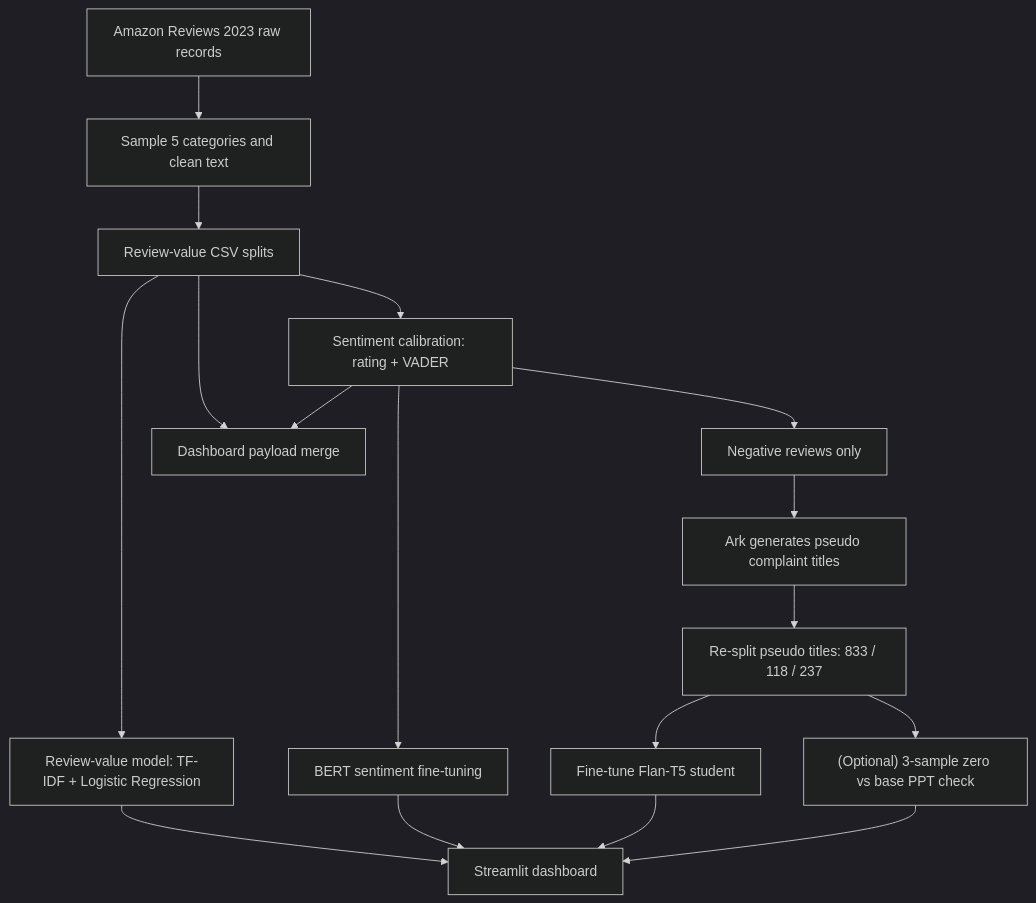
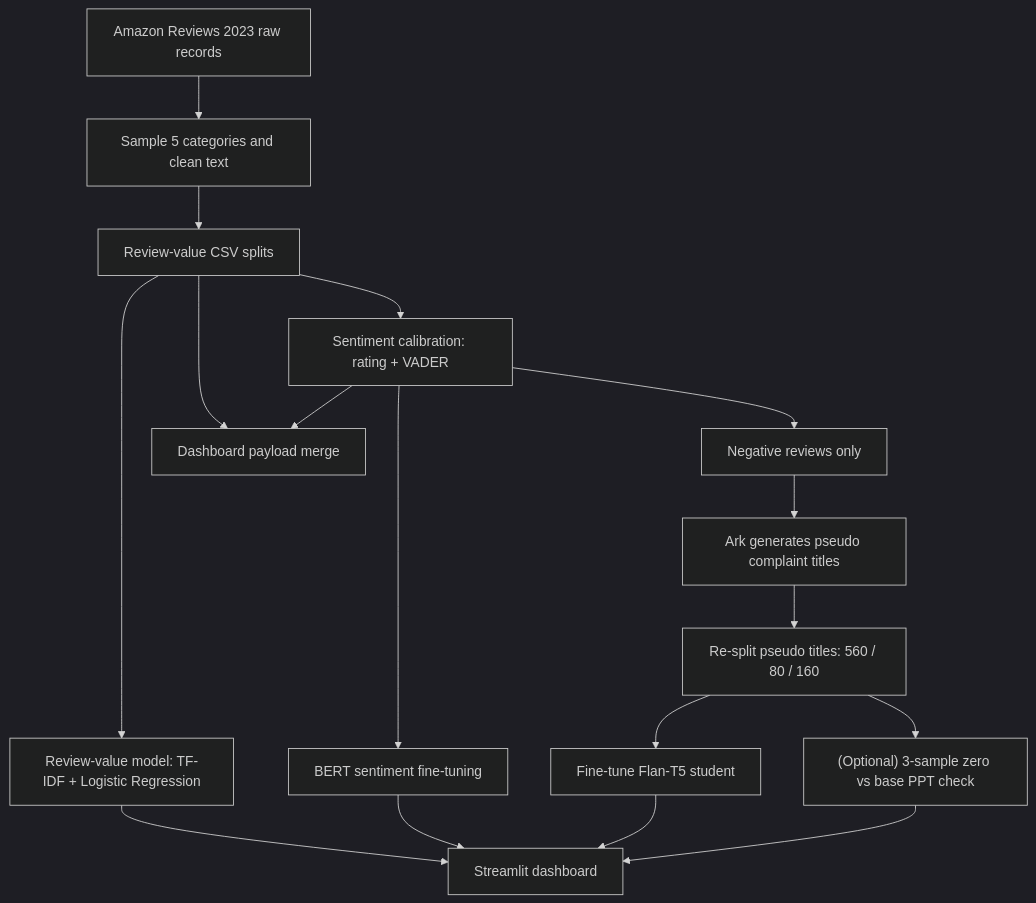
Before and after one commit to mrzhao11/Review_Insight_System-ISY5004-Group14: the diagram in PROJECT_PIPELINE.md, drawn with Mermaid (dark theme). The commit also changed other lines of this file and 20 other files, not shown here.

````diff
--- a/PROJECT_PIPELINE.md
+++ b/PROJECT_PIPELINE.md
@@ -121,19 +121,19 @@
 ```mermaid
 flowchart TD
     A["Amazon Reviews 2023 raw records"] --> B["Sample 5 categories and clean text"]
     B --> C["Review-value CSV splits"]
     C --> D["Review-value model: TF-IDF + Logistic Regression"]
     C --> E["Sentiment calibration: rating + VADER"]
     E --> F["BERT sentiment fine-tuning"]
     E --> G["Negative reviews only"]
     G --> H["Ark generates pseudo complaint titles"]
-    H --> I["Re-split pseudo titles: 833 / 118 / 237"]
+    H --> I["Re-split pseudo titles: 560 / 80 / 160"]
     I --> J["Fine-tune Flan-T5 student"]
     I --> K["(Optional) 3-sample zero vs base PPT check"]
     C --> L["Dashboard payload merge"]
     E --> L
     D --> M["Streamlit dashboard"]
     F --> M
     J --> M
     K --> M
 ```
````
